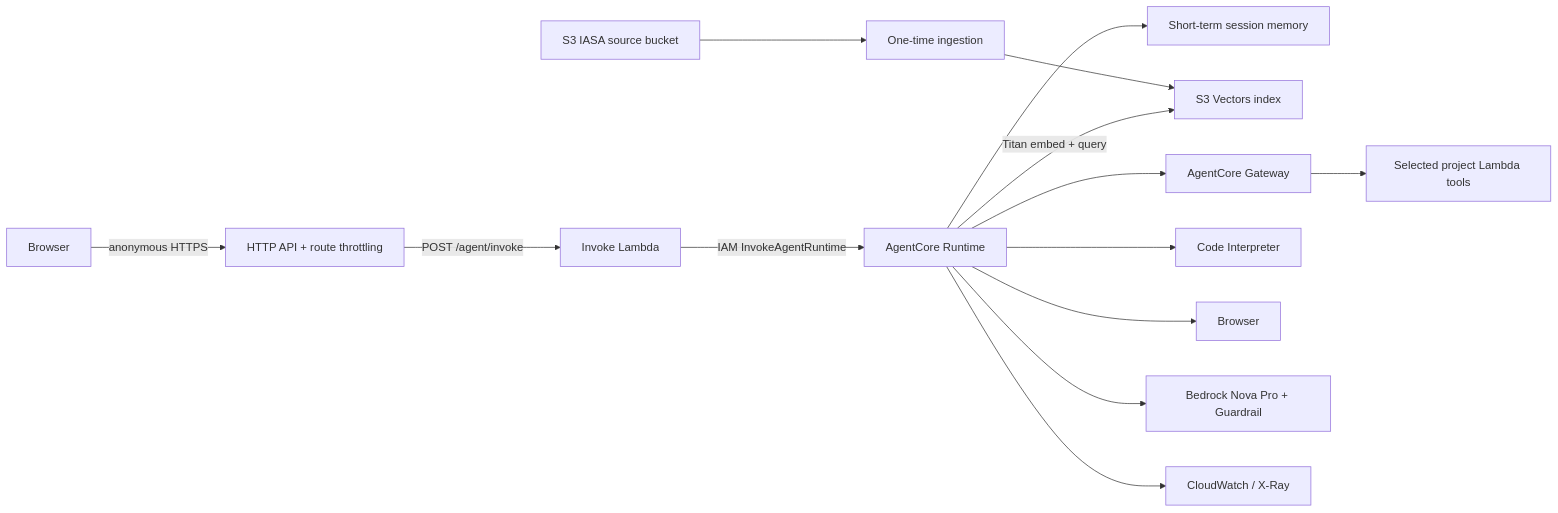
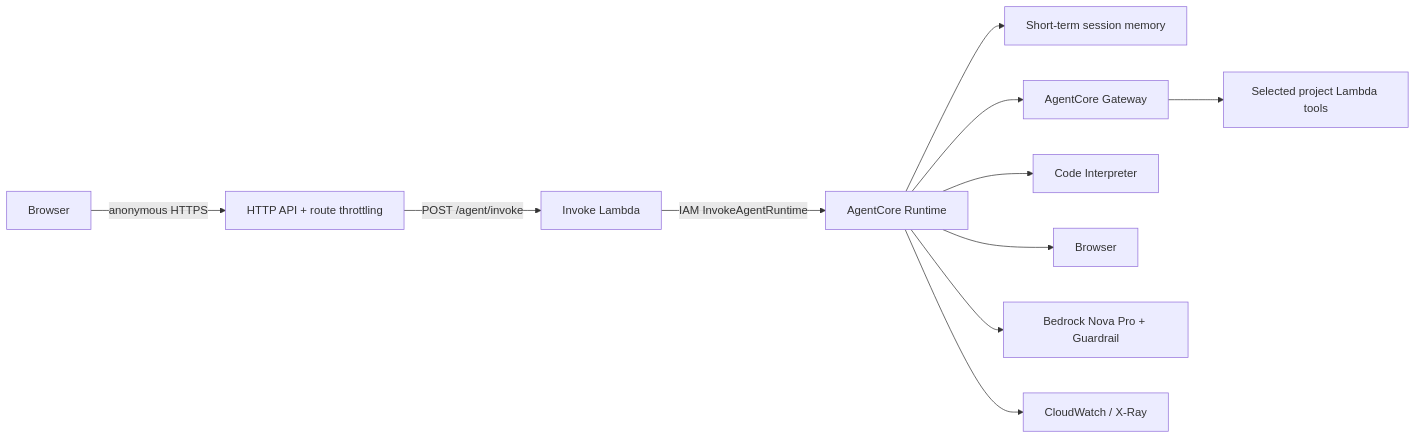
The diagram in specs/002-ai-agent-core/plan.md (decmhugh/tdmh-arch-eng-workbench), drawn with Mermaid before and after one commit. The commit also changed other lines of this file and 6 other files, not shown here.

````diff
--- a/specs/002-ai-agent-core/plan.md
+++ b/specs/002-ai-agent-core/plan.md
@@ -8,16 +8,13 @@
 ```mermaid
 flowchart LR
   B[Browser] -->|anonymous HTTPS| A[HTTP API + route throttling]
   A -->|POST /agent/invoke| L[Invoke Lambda]
   L -->|IAM InvokeAgentRuntime| R[AgentCore Runtime]
   R --> M[Short-term session memory]
-  S[S3 IASA source bucket] --> I[One-time ingestion]
-  I --> V[S3 Vectors index]
-  R -->|Titan embed + query| V
   R --> G[AgentCore Gateway]
   G --> T[Selected project Lambda tools]
   R --> CI[Code Interpreter]
   R --> W[Browser]
   R --> BR[Bedrock Nova Pro + Guardrail]
   R --> O[CloudWatch / X-Ray]
 ```
````
